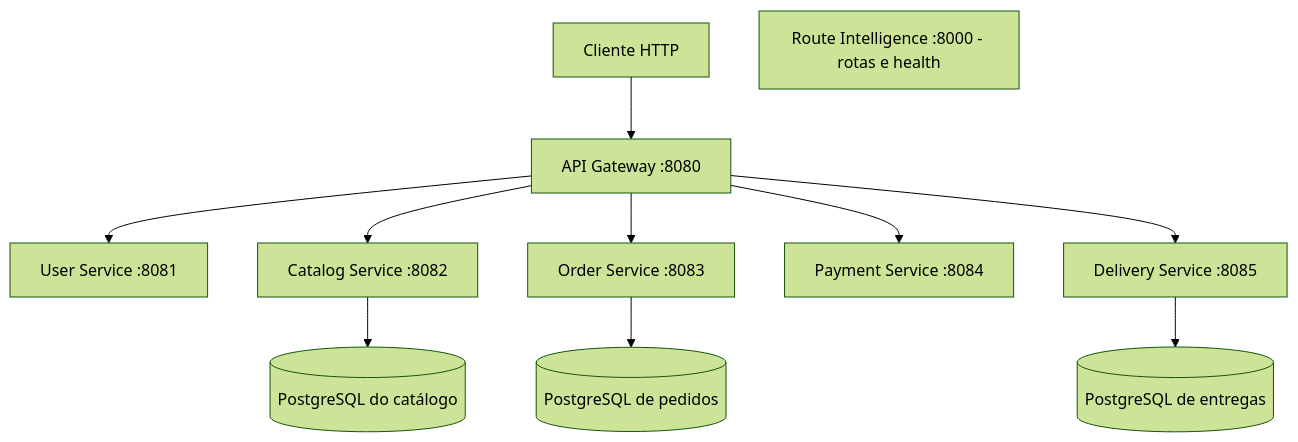
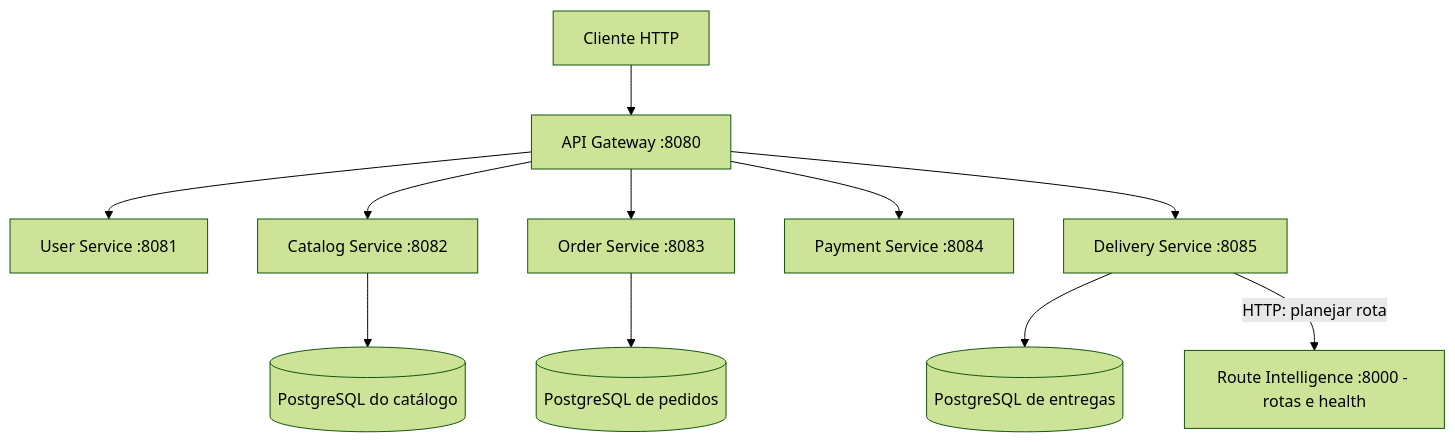
The first of 2 diagrams in docs/architecture.md (victhor-santos/ai-delivery-platform), drawn with Mermaid (forest theme) before and after one commit. The commit also changed other lines of this file and 43 other files, not shown here.

````diff
--- a/docs/architecture.md
+++ b/docs/architecture.md
@@ -13,13 +13,13 @@
 ```mermaid
 flowchart TD
     Client[Cliente HTTP] --> Gateway[API Gateway :8080]
     Gateway --> Users[User Service :8081]
     Gateway --> Catalog[Catalog Service :8082]
     Gateway --> Orders[Order Service :8083]
     Gateway --> Payments[Payment Service :8084]
     Gateway --> Deliveries[Delivery Service :8085]
     Catalog --> CatalogDB[(PostgreSQL do catálogo)]
     Orders --> OrderDB[(PostgreSQL de pedidos)]
     Deliveries --> DeliveryDB[(PostgreSQL de entregas)]
-    Routes[Route Intelligence :8000 - rotas e health]
+    Deliveries -->|HTTP: planejar rota| Routes[Route Intelligence :8000 - rotas e health]
 ```
````
